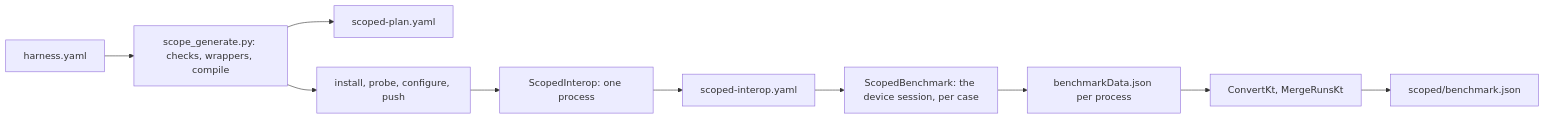
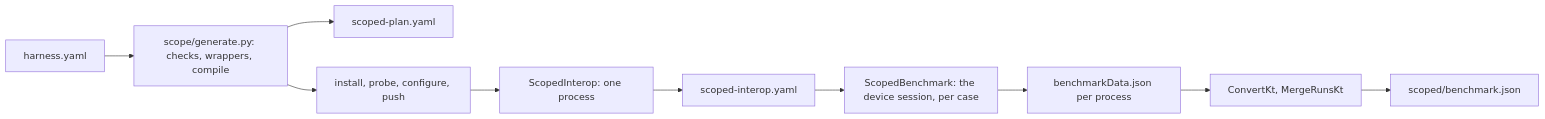
The diagram in modules/android/docs/scoped.md (JuneKim0007/cryptobenchmark), drawn with Mermaid before and after one commit. The commit also changed 24 other files, not shown here.

Commit message:
scripts: the scope sources into scripts/scope/; scope_generate.py stays as the standalone command

````diff
--- a/modules/android/docs/scoped.md
+++ b/modules/android/docs/scoped.md
@@ -7,7 +7,7 @@
 ```mermaid
 flowchart LR
-    H[harness.yaml] --> G[scope_generate.py: checks, wrappers, compile] --> P[scoped-plan.yaml]
+    H[harness.yaml] --> G[scope/generate.py: checks, wrappers, compile] --> P[scoped-plan.yaml]
     G --> I[install, probe, configure, push]
     I --> K[ScopedInterop: one process] --> V[scoped-interop.yaml]
     V --> S[ScopedBenchmark: the device session, per case] --> D[benchmarkData.json per process] --> C[ConvertKt, MergeRunsKt] --> B[scoped/benchmark.json]
 ```
````
